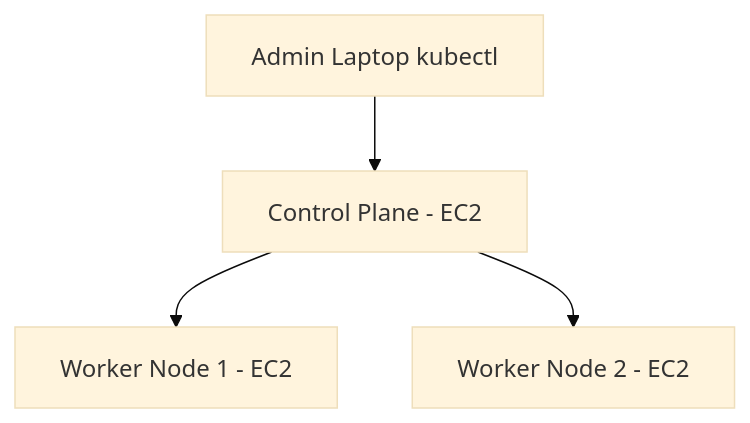
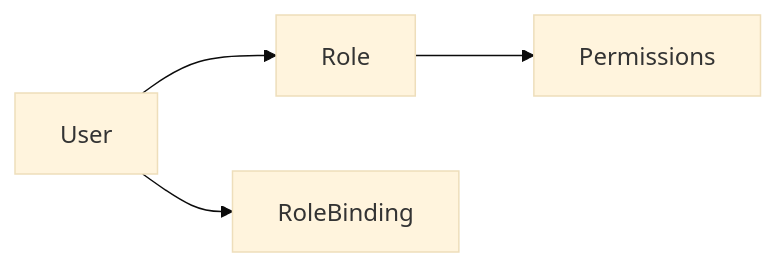
Before and after one commit to scifigurmeet/devops2: the diagram in Kubeadm_Unit2.md, drawn with Mermaid (base theme). The commit also changed other lines of this file, not shown here.

````diff
--- a/Kubeadm_Unit2.md
+++ b/Kubeadm_Unit2.md
@@ -51,6 +286,6 @@
 ```mermaid
-graph TD
-    A[Admin Laptop kubectl] --> B[Control Plane - EC2]
-    B --> C[Worker Node 1 - EC2]
-    B --> D[Worker Node 2 - EC2]
+graph LR
+A[User] --> B[Role]
+B --> C[Permissions]
+A --> D[RoleBinding]
 ```
````
